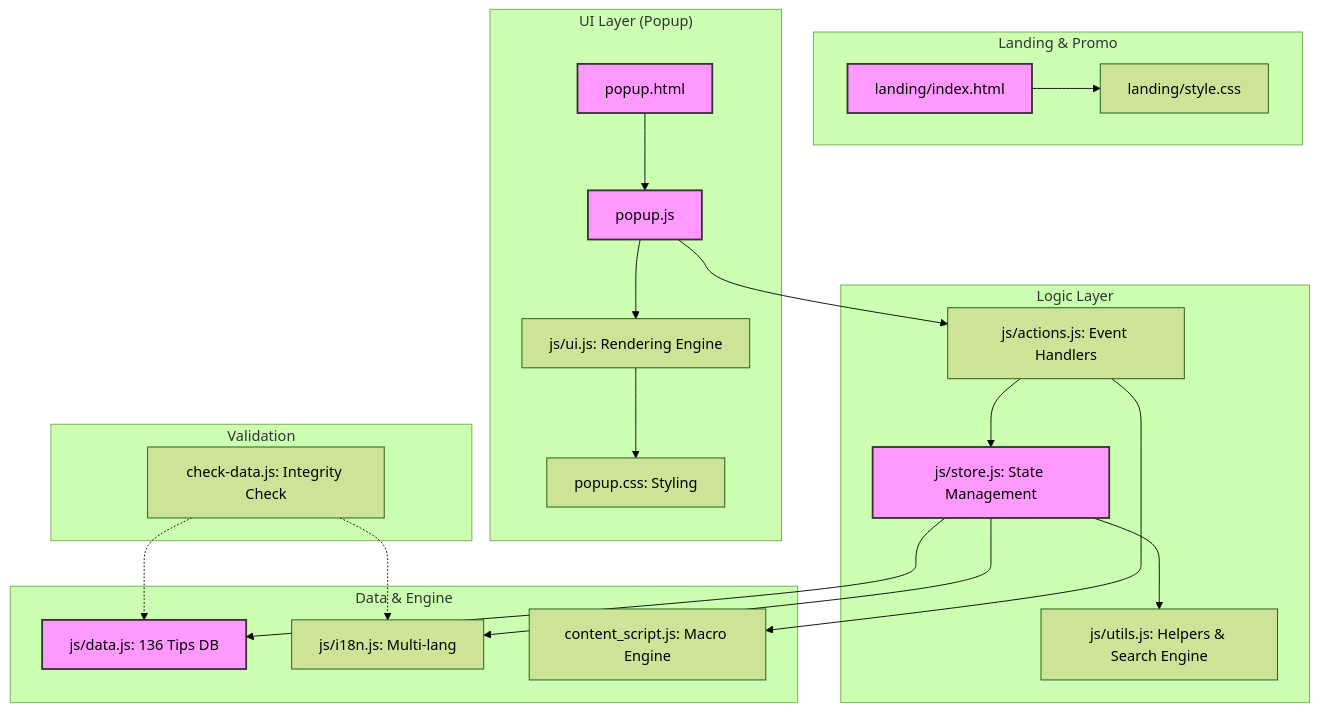
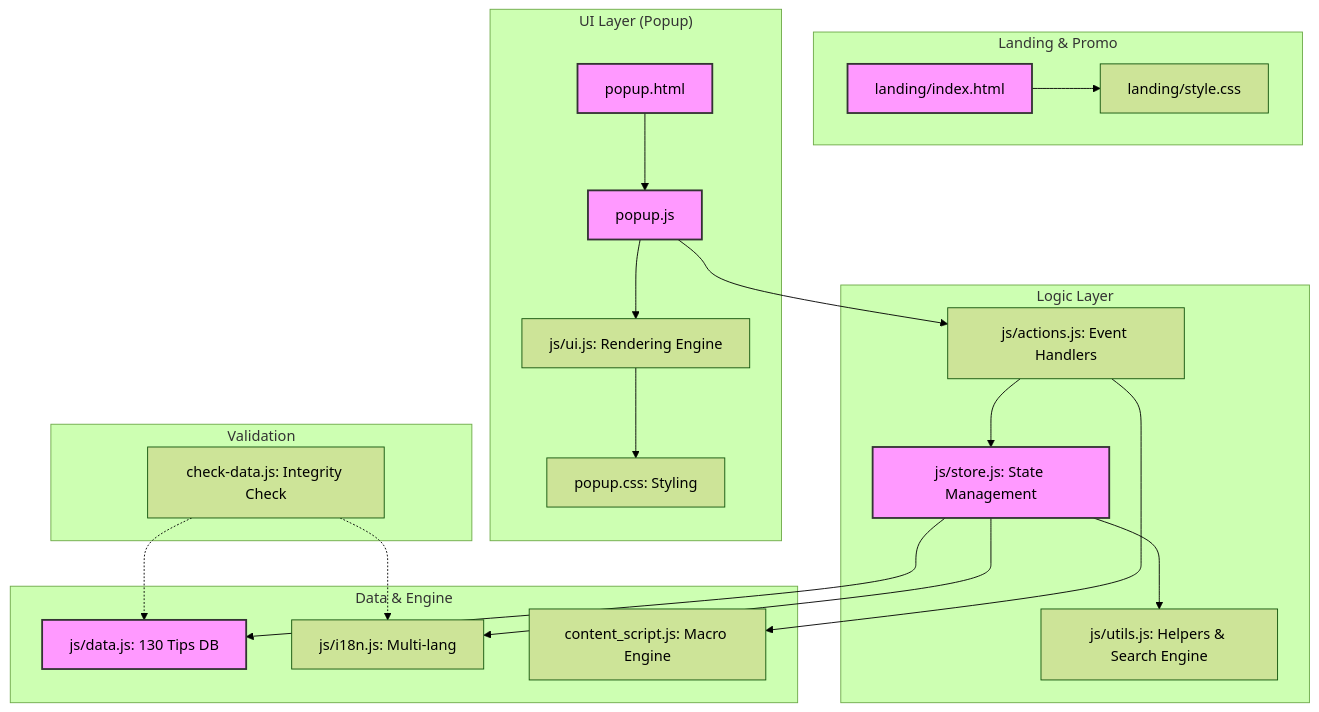
Before and after one commit to baekjunha/my-chrome-guide: the diagram in PROJECT_GUIDE.md, drawn with Mermaid (forest theme). The commit also changed other lines of this file and 8 other files, not shown here.

````diff
--- a/PROJECT_GUIDE.md
+++ b/PROJECT_GUIDE.md
@@ -9,32 +9,32 @@
 ```mermaid
 graph TD
     subgraph "Landing & Promo"
         LP[landing/index.html] --> LC[landing/style.css]
     end
 
     subgraph "UI Layer (Popup)"
         P[popup.html] --> JS[popup.js]
         JS --> UI[js/ui.js: Rendering Engine]
         UI --> CSS[popup.css: Styling]
     end
 
     subgraph "Logic Layer"
         JS --> ACT[js/actions.js: Event Handlers]
         ACT --> STORE[js/store.js: State Management]
         STORE --> UTIL[js/utils.js: Helpers & Search Engine]
     end
 
     subgraph "Data & Engine"
-        STORE --> DATA[js/data.js: 136 Tips DB]
+        STORE --> DATA[js/data.js: 130 Tips DB]
         STORE --> I18N[js/i18n.js: Multi-lang]
         ACT --> CS[content_script.js: Macro Engine]
     end
 
     subgraph "Validation"
         CHK[check-data.js: Integrity Check] -.-> DATA
         CHK -.-> I18N
     end
 
     classDef primary fill:#f9f,stroke:#333,stroke-width:2px;
     class P,JS,STORE,DATA,LP primary;
 ```
````
